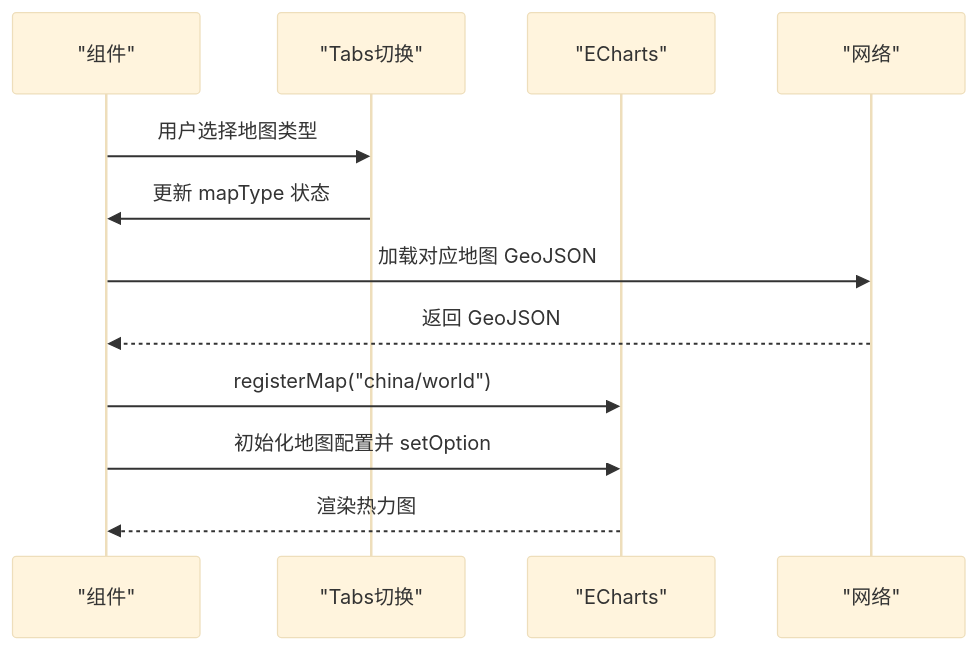
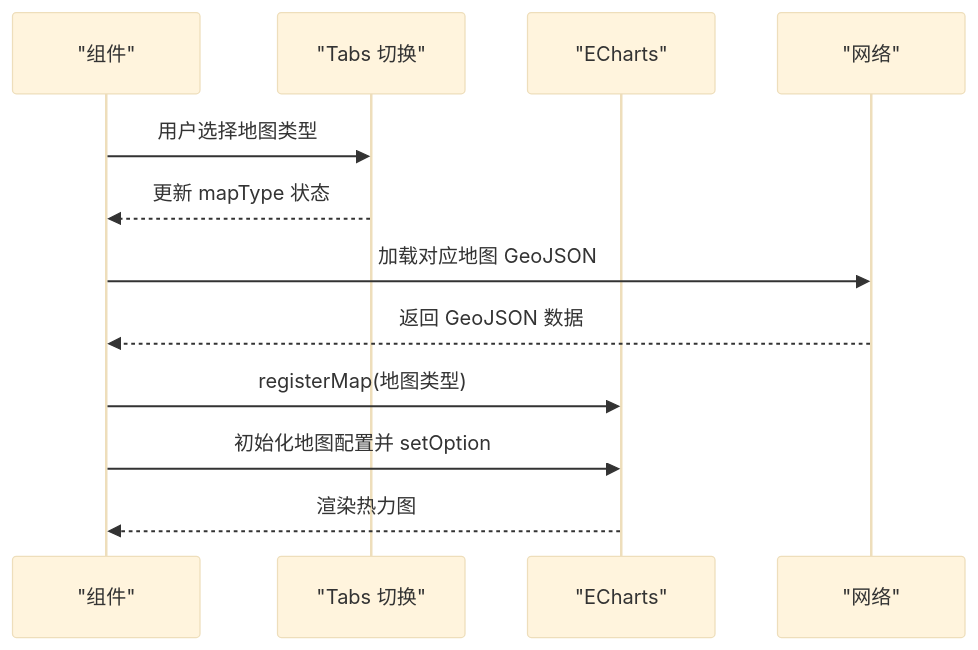
One commit to RadiumAg/AIGate changed the seventh of 13 diagrams in .qoder/repowiki/zh/content/监控与分析/监控与分析.md. Above: the diagram before and after it, drawn with Mermaid (base theme). The commit also changed other lines of this file and 15 other files, not shown here.

````diff
--- a/.qoder/repowiki/zh/content/监控与分析/监控与分析.md
+++ b/.qoder/repowiki/zh/content/监控与分析/监控与分析.md
@@ -326,14 +281,14 @@
 ```mermaid
 sequenceDiagram
 participant C as "组件"
-participant T as "Tabs切换"
+participant T as "Tabs 切换"
 participant E as "ECharts"
 participant Net as "网络"
 C->>T : 用户选择地图类型
-T->>C : 更新 mapType 状态
+T-->>C : 更新 mapType 状态
 C->>Net : 加载对应地图 GeoJSON
-Net-->>C : 返回 GeoJSON
-C->>E : registerMap("china/world")
+Net-->>C : 返回 GeoJSON 数据
+C->>E : registerMap(地图类型)
 C->>E : 初始化地图配置并 setOption
 E-->>C : 渲染热力图
 ```
````
